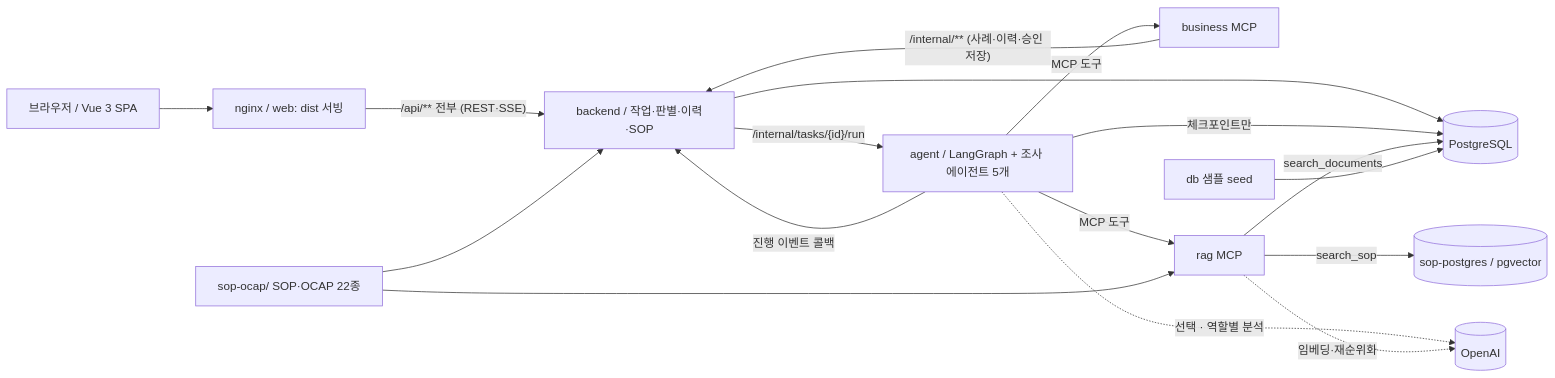
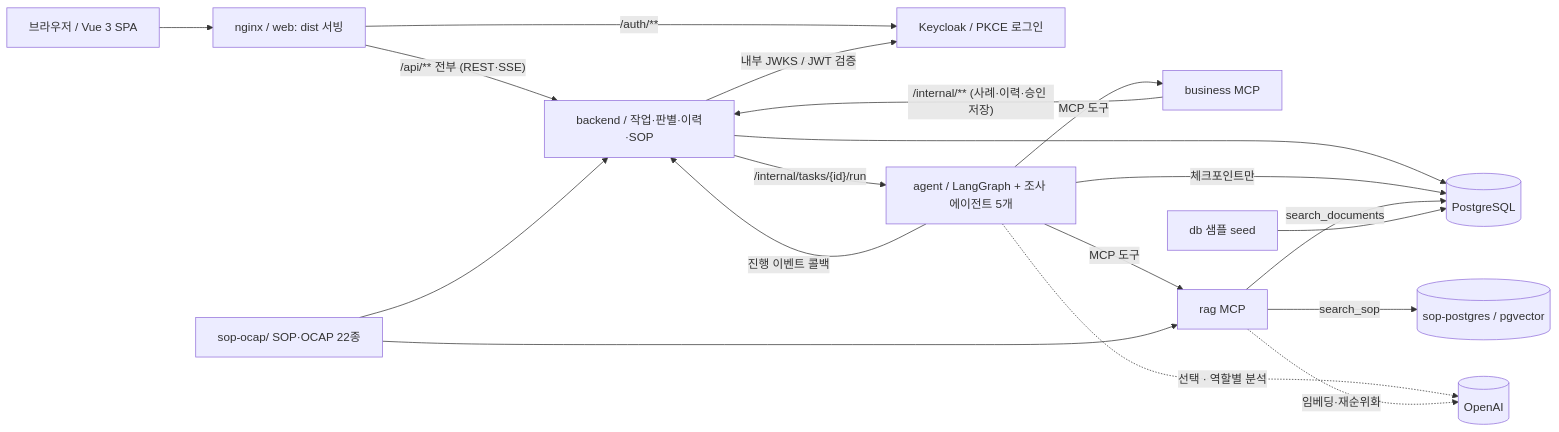
The diagram in docs/architecture.md (meotjin-girl/etch-trace), drawn with Mermaid before and after one commit. The commit also changed other lines of this file and 54 other files, not shown here.

Commit message:
feat(auth): Vue·backend Keycloak 로그인과 기본 계정 적용

````diff
--- a/docs/architecture.md
+++ b/docs/architecture.md
@@ -5,19 +5,21 @@
 ```mermaid
 flowchart LR
   UI[브라우저 / Vue 3 SPA] --> W[nginx / web: dist 서빙]
   W -- "/api/** 전부 (REST·SSE)" --> B[backend / 작업·판별·이력·SOP]
+  W -- "/auth/**" --> KC[Keycloak / PKCE 로그인]
+  B -- 내부 JWKS / JWT 검증 --> KC
   B -- "/internal/tasks/{id}/run" --> A[agent / LangGraph + 조사 에이전트 5개]
   A -- 진행 이벤트 콜백 --> B
   A -- MCP 도구 --> BM[business MCP]
   A -- MCP 도구 --> RM[rag MCP]
   BM -- "/internal/** (사례·이력·승인 저장)" --> B
   B --> PG[(PostgreSQL)]
   A -- 체크포인트만 --> PG
   RM -- search_documents --> PG
   RM -- search_sop --> SPG[(sop-postgres / pgvector)]
   DOCS[sop-ocap/ SOP·OCAP 22종] --> RM
   DOCS --> B
   SEED[db 샘플 seed] --> PG
   A -. 선택 · 역할별 분석 .-> LLM[(OpenAI)]
   RM -. 임베딩·재순위화 .-> LLM
 ```
````
